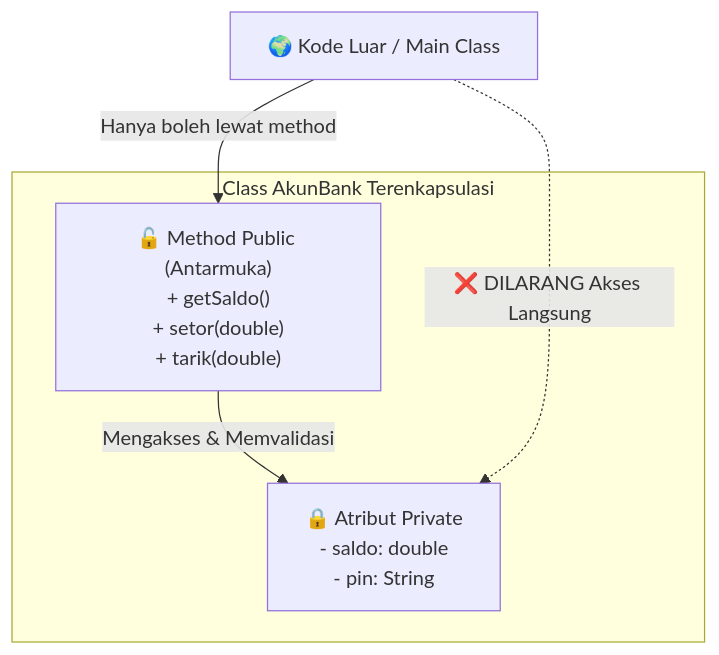
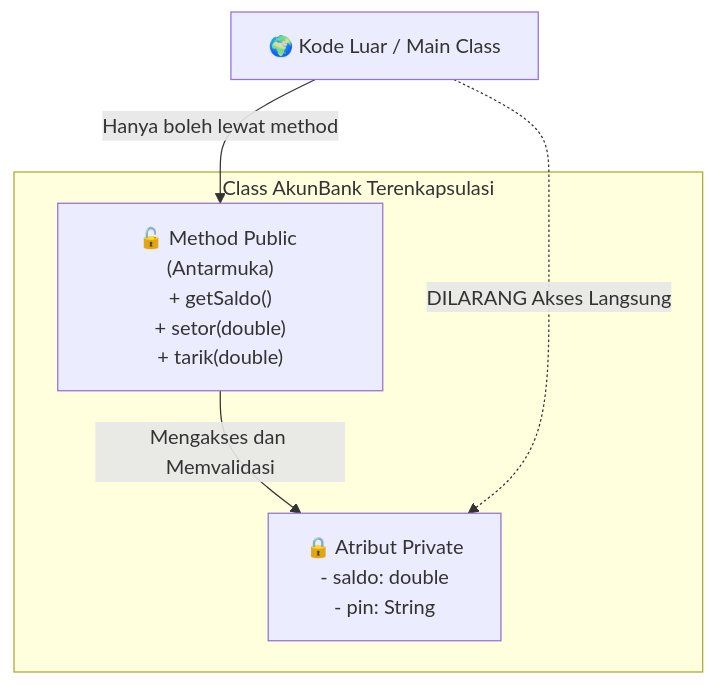
One commit to mahendaruui/Perkuliahan changed the diagram in docs/pemrograman-oop/encapsulation.md. Above: the diagram before and after it, drawn with Mermaid. The commit also changed 34 other files, not shown here.

````diff
--- a/docs/pemrograman-oop/encapsulation.md
+++ b/docs/pemrograman-oop/encapsulation.md
@@ -15,11 +15,11 @@
 ```mermaid
 flowchart TD
-    subgraph Objek Encapsulated [Class AkunBank Terenkapsulasi]
+    subgraph Objek Encapsulated ["Class AkunBank Terenkapsulasi"]
         PrivateData["🔒 Atribut Private<br>- saldo: double<br>- pin: String"]
         PublicMethods["🔓 Method Public (Antarmuka)<br>+ getSaldo()<br>+ setor(double)<br>+ tarik(double)"]
-        PublicMethods -->|Mengakses & Memvalidasi| PrivateData
+        PublicMethods -->|"Mengakses dan Memvalidasi"| PrivateData
     end
 
-    Luar["🌍 Kode Luar / Main Class"] -->|Hanya boleh lewat method| PublicMethods
-    Luar -.->|❌ DILARANG Akses Langsung| PrivateData
+    Luar["🌍 Kode Luar / Main Class"] -->|"Hanya boleh lewat method"| PublicMethods
+    Luar -.->|"DILARANG Akses Langsung"| PrivateData
 ```
````
